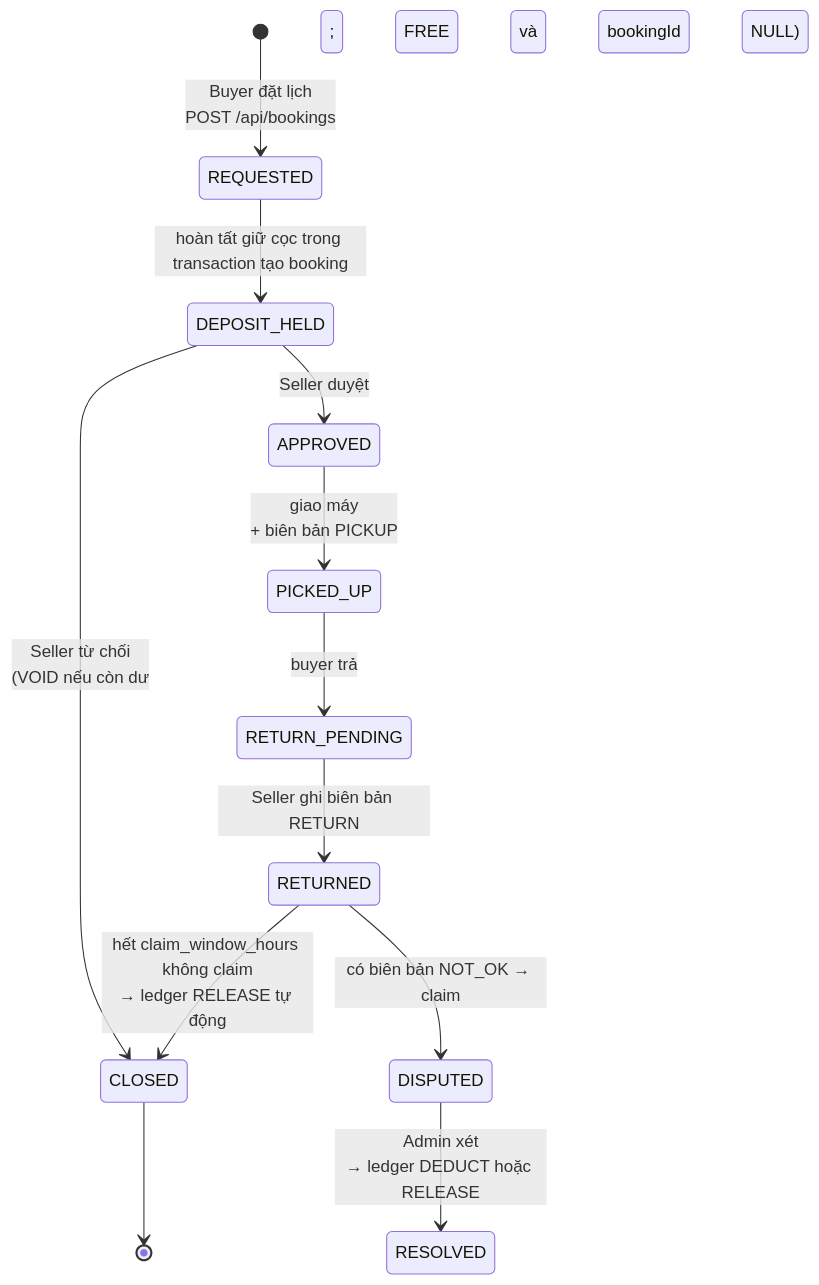
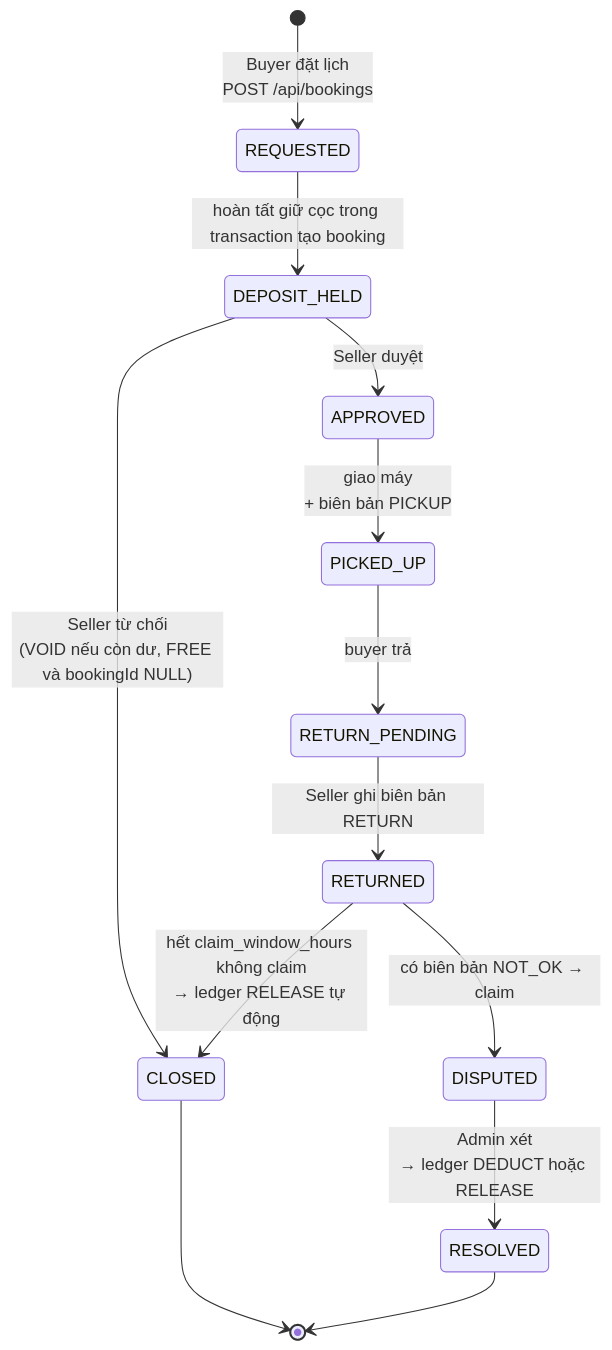
The second of 3 diagrams in doc/data-model.md (BTL-IT3180/gearloop), drawn with Mermaid before and after one commit. The commit also changed other lines of this file, not shown here.

````diff
--- a/doc/data-model.md
+++ b/doc/data-model.md
@@ -322,14 +330,15 @@
 ```mermaid
 stateDiagram-v2
     [*] --> REQUESTED : Buyer đặt lịch<br/>POST /api/bookings
     REQUESTED --> DEPOSIT_HELD : hoàn tất giữ cọc trong transaction tạo booking
     DEPOSIT_HELD --> APPROVED : Seller duyệt
-    DEPOSIT_HELD --> CLOSED : Seller từ chối<br/>(VOID nếu còn dư; FREE và bookingId NULL)
+    DEPOSIT_HELD --> CLOSED : Seller từ chối<br/>(VOID nếu còn dư, FREE và bookingId NULL)
     APPROVED --> PICKED_UP : giao máy<br/>+ biên bản PICKUP
     PICKED_UP --> RETURN_PENDING : buyer trả
     RETURN_PENDING --> RETURNED : Seller ghi biên bản RETURN
     RETURNED --> CLOSED : hết claim_window_hours không claim<br/>→ ledger RELEASE tự động
     RETURNED --> DISPUTED : có biên bản NOT_OK → claim
     DISPUTED --> RESOLVED : Admin xét<br/>→ ledger DEDUCT hoặc RELEASE
     CLOSED --> [*]
+    RESOLVED --> [*]
 ```
````
